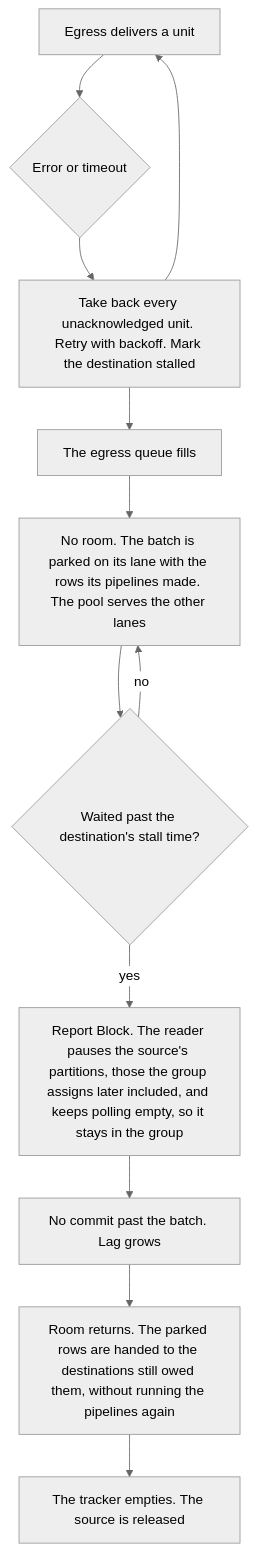
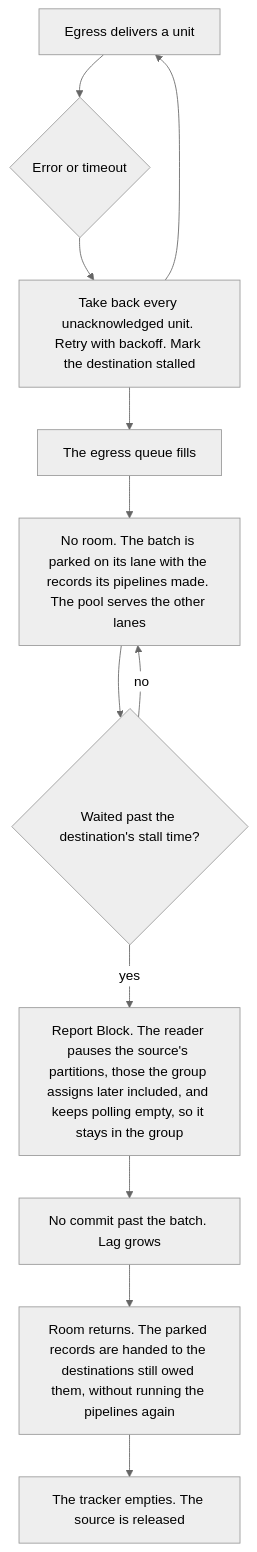
One commit to smeltr-sh/smeltr changed the sixth of 6 diagrams in docs/data-paths.md. Above: the diagram before and after it, drawn with Mermaid (neutral theme). The commit also changed other lines of this file and 16 other files, not shown here.

````diff
--- a/docs/data-paths.md
+++ b/docs/data-paths.md
@@ -174,14 +174,14 @@
 ```mermaid
 flowchart TD
   A["Egress delivers a unit"] --> B{"Error or timeout"}
   B --> C["Take back every unacknowledged unit. Retry with backoff. Mark the destination stalled"]
   C --> A
   C --> D["The egress queue fills"]
-  D --> E["No room. The batch is parked on its lane with the rows its pipelines made. The pool serves the other lanes"]
+  D --> E["No room. The batch is parked on its lane with the records its pipelines made. The pool serves the other lanes"]
   E --> F{"Waited past the destination's stall time?"}
   F -- no --> E
   F -- yes --> G["Report Block. The reader pauses the source's partitions, those the group assigns later included, and keeps polling empty, so it stays in the group"]
   G --> H["No commit past the batch. Lag grows"]
-  H --> I["Room returns. The parked rows are handed to the destinations still owed them, without running the pipelines again"]
+  H --> I["Room returns. The parked records are handed to the destinations still owed them, without running the pipelines again"]
   I --> K["The tracker empties. The source is released"]
 ```
````
